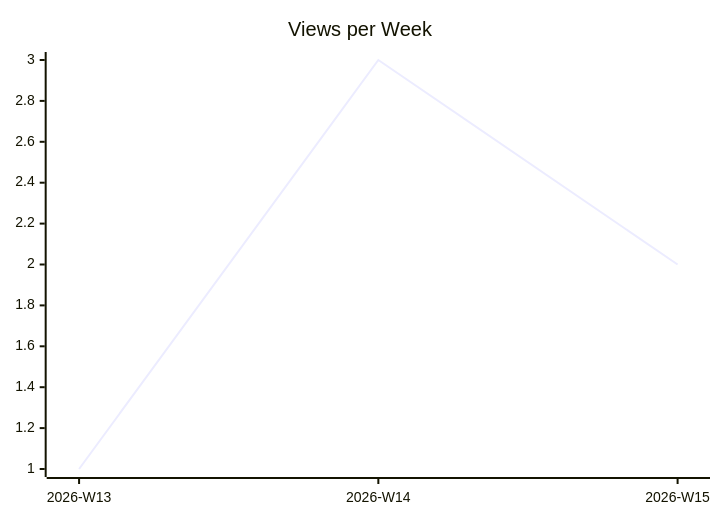
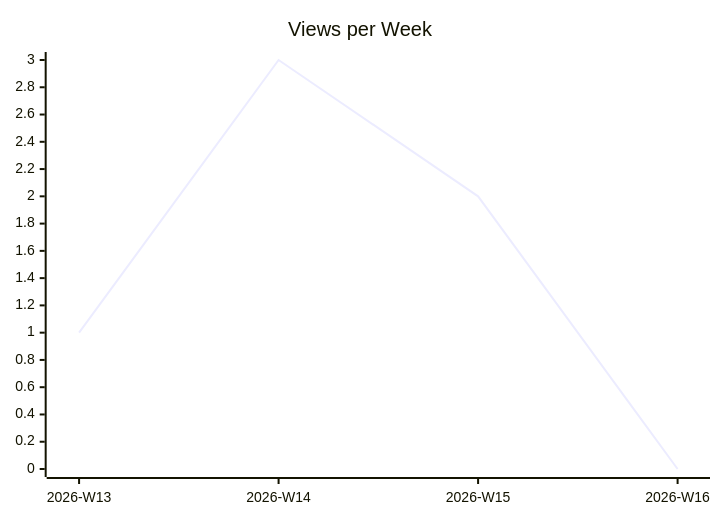
Before and after one commit to justdavis-family/github-analytics-data: the second of 3 diagrams in karlmdavis/fhir-benchmarks/README.md, drawn with Mermaid. The commit also changed other lines of this file and 173 other files, not shown here.

````diff
--- a/karlmdavis/fhir-benchmarks/README.md
+++ b/karlmdavis/fhir-benchmarks/README.md
@@ -12,6 +12,6 @@
 ```mermaid
 xychart-beta
   title "Views per Week"
-  x-axis ["2026-W13", "2026-W14", "2026-W15"]
-  line [1, 3, 2]
+  x-axis ["2026-W13", "2026-W14", "2026-W15", "2026-W16"]
+  line [1, 3, 2, 0]
 ```
````
